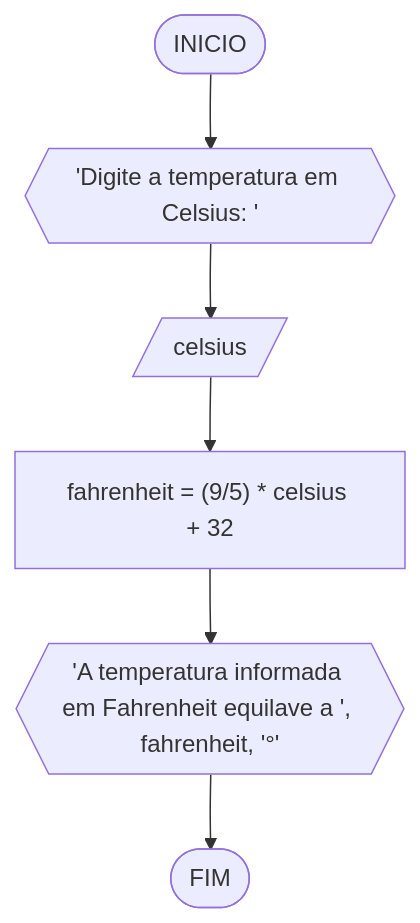
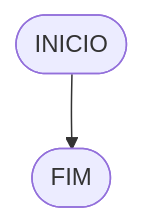
The second of 5 diagrams in RaciocinioLogicoAlgoritmico/lista_exercicios2.md (majuss8/ads-unifor), drawn with Mermaid before and after one commit. The commit also changed other lines of this file, not shown here.

````diff
--- a/RaciocinioLogicoAlgoritmico/lista_exercicios2.md
+++ b/RaciocinioLogicoAlgoritmico/lista_exercicios2.md
@@ -47,8 +57,4 @@
 ```mermaid
 flowchart TD
-A([INICIO]) --> B{{"'Digite a temperatura em Celsius: '"}}
-B --> C[/celsius/]
-C --> D["fahrenheit = (9/5) * celsius + 32"]
-D --> E{{"'A temperatura informada em Fahrenheit equilave a ', fahrenheit, '°'"}}
-E --> F([FIM])
+A([INICIO]) --> B([FIM])
 ```
````
